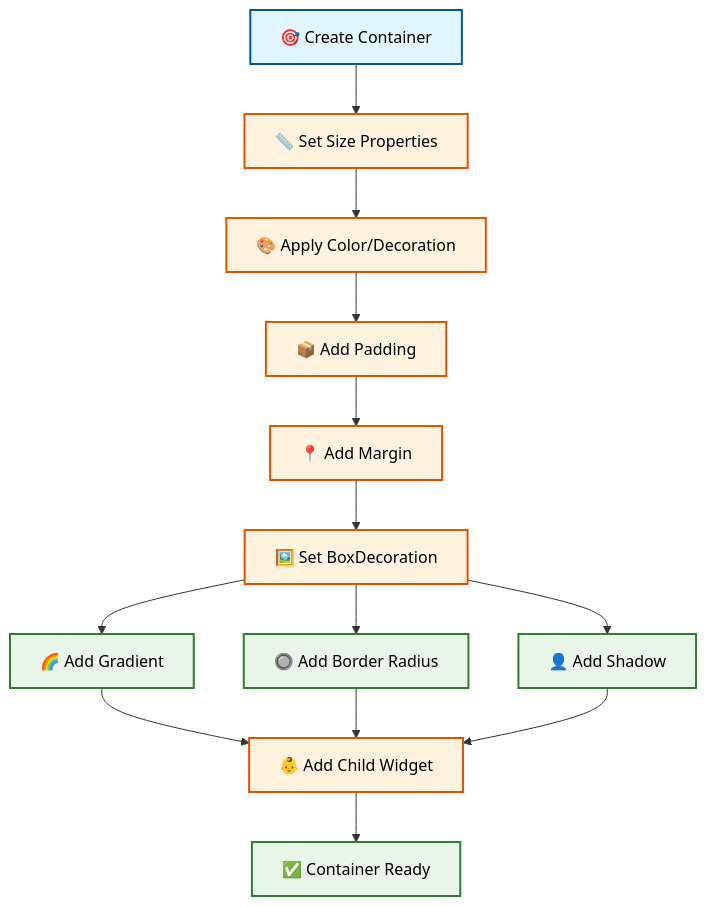
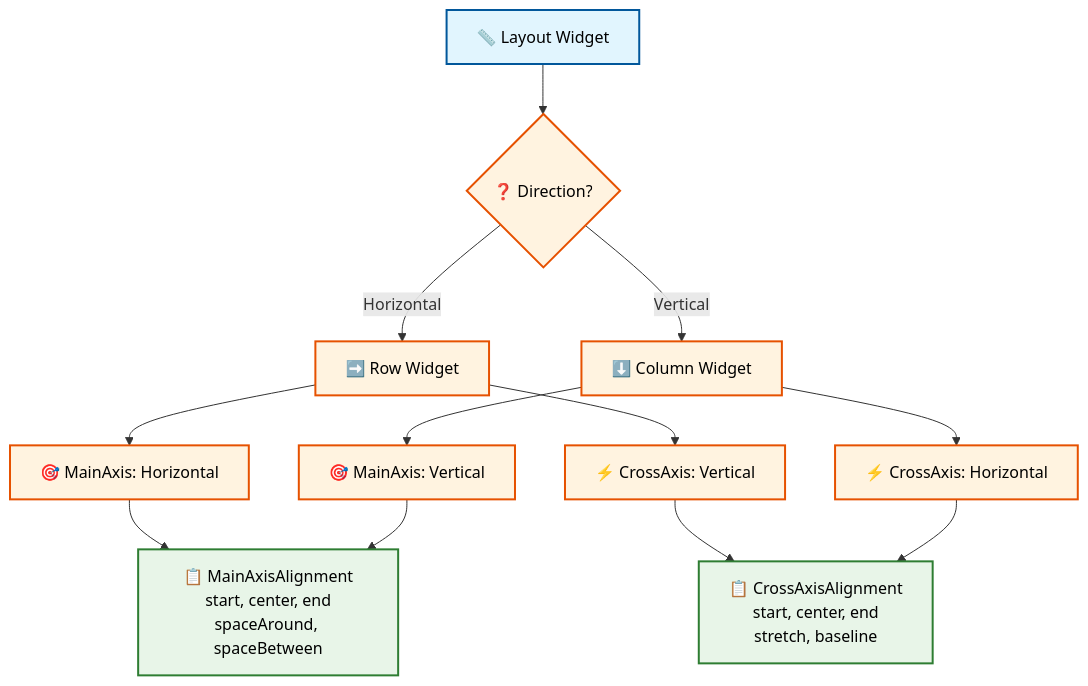
One commit to antonprafanto/flutter changed the third of 5 diagrams in pertemuan3.md. Above: the diagram before and after it, drawn with Mermaid. The commit also changed other lines of this file, not shown here.

````diff
--- a/pertemuan3.md
+++ b/pertemuan3.md
@@ -885,27 +330,29 @@
 ```mermaid
 flowchart TD
-    A[🎯 Create Container] --> B[📏 Set Size Properties]
-    B --> C[🎨 Apply Color/Decoration]
-    C --> D[📦 Add Padding]
-    D --> E[📍 Add Margin]
-    E --> F[🖼️ Set BoxDecoration]
-    F --> G[🌈 Add Gradient]
-    F --> H[🔘 Add Border Radius]
-    F --> I[👤 Add Shadow]
-    G --> J[👶 Add Child Widget]
+    A[📏 Layout Widget] --> B{❓ Direction?}
+    B -->|Horizontal| C[➡️ Row Widget]
+    B -->|Vertical| D[⬇️ Column Widget]
+    
+    C --> E[🎯 MainAxis: Horizontal]
+    C --> F[⚡ CrossAxis: Vertical]
+    
+    D --> G[🎯 MainAxis: Vertical]
+    D --> H[⚡ CrossAxis: Horizontal]
+    
+    E --> I[📋 MainAxisAlignment<br/>start, center, end<br/>spaceAround, spaceBetween]
+    F --> J[📋 CrossAxisAlignment<br/>start, center, end<br/>stretch, baseline]
+    
+    G --> I
     H --> J
-    I --> J
-    J --> K[✅ Container Ready]
     
     style A fill:#e1f5fe,stroke:#01579b,stroke-width:2px,color:#000
     style B fill:#fff3e0,stroke:#e65100,stroke-width:2px,color:#000
     style C fill:#fff3e0,stroke:#e65100,stroke-width:2px,color:#000
     style D fill:#fff3e0,stroke:#e65100,stroke-width:2px,color:#000
     style E fill:#fff3e0,stroke:#e65100,stroke-width:2px,color:#000
     style F fill:#fff3e0,stroke:#e65100,stroke-width:2px,color:#000
-    style G fill:#e8f5e8,stroke:#2e7d32,stroke-width:2px,color:#000
-    style H fill:#e8f5e8,stroke:#2e7d32,stroke-width:2px,color:#000
+    style G fill:#fff3e0,stroke:#e65100,stroke-width:2px,color:#000
+    style H fill:#fff3e0,stroke:#e65100,stroke-width:2px,color:#000
     style I fill:#e8f5e8,stroke:#2e7d32,stroke-width:2px,color:#000
-    style J fill:#fff3e0,stroke:#e65100,stroke-width:2px,color:#000
-    style K fill:#e8f5e8,stroke:#2e7d32,stroke-width:2px,color:#000
+    style J fill:#e8f5e8,stroke:#2e7d32,stroke-width:2px,color:#000
 ```
````
